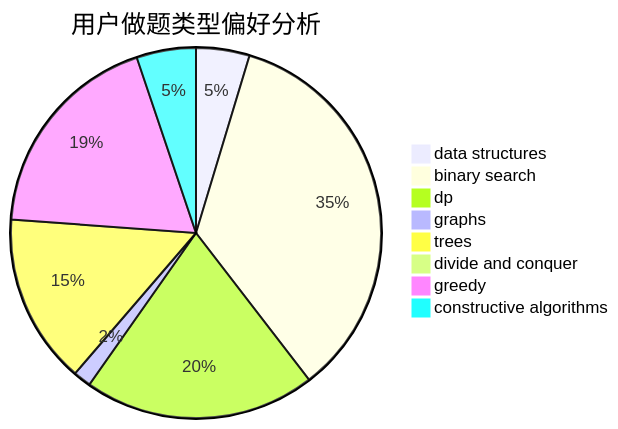
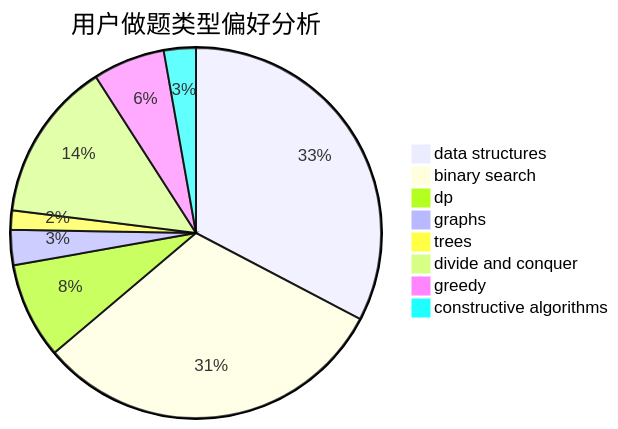
The second of 3 diagrams in docs/user/u2689.md (sherpahu/cfrs.github.io), drawn with Mermaid before and after one commit. The commit also changed other lines of this file and 2770 other files, not shown here.

````diff
--- a/docs/user/u2689.md
+++ b/docs/user/u2689.md
@@ -23,11 +23,11 @@
 ```mermaid
 pie title 用户做题类型偏好分析
-    "data structures" :  27
-    "binary search" :  202
-    "dp" :  117
-    "graphs" :  9
-    "trees" :  86
-    "divide and conquer" :  0
-    "greedy" :  108
-    "constructive algorithms" :  30
+    "data structures" :  234
+    "binary search" :  223
+    "dp" :  60
+    "graphs" :  22
+    "trees" :  12
+    "divide and conquer" :  100
+    "greedy" :  45
+    "constructive algorithms" :  20
 ```
````
